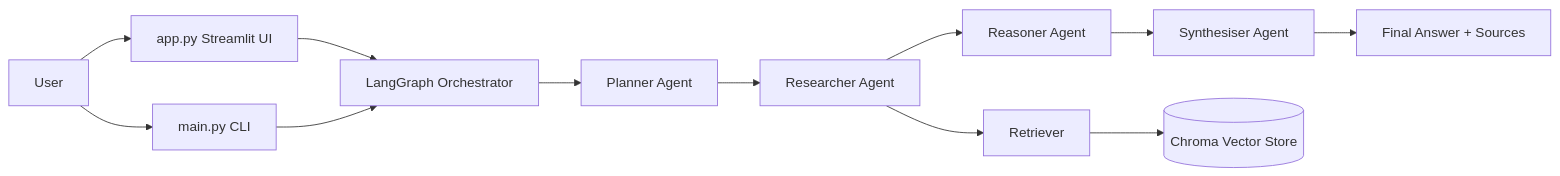
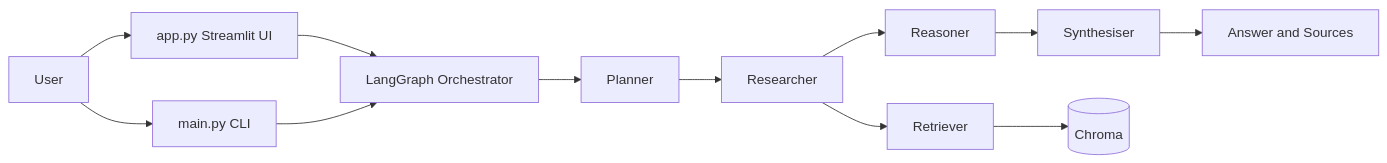
The diagram in docs/ARCHITECTURE.md (RavindraTarunokusumo/RAG-Notion-Project), drawn with Mermaid before and after one commit. The commit also changed other lines of this file and 60 other files, not shown here.

````diff
--- a/docs/ARCHITECTURE.md
+++ b/docs/ARCHITECTURE.md
@@ -20,16 +20,14 @@
 ```mermaid
 flowchart LR
     U[User] --> UI[app.py Streamlit UI]
     U --> CLI[main.py CLI]
     UI --> G[LangGraph Orchestrator]
     CLI --> G
-
-    G --> P[Planner Agent]
-    P --> R[Researcher Agent]
-    R --> RE[Reasoner Agent]
-    RE --> S[Synthesiser Agent]
-    S --> OUT[Final Answer + Sources]
-
+    G --> P[Planner]
+    P --> R[Researcher]
+    R --> RE[Reasoner]
+    RE --> S[Synthesiser]
+    S --> OUT[Answer and Sources]
     R --> RET[Retriever]
-    RET --> VS[(Chroma Vector Store)]
+    RET --> VS[(Chroma)]
 ```
````
